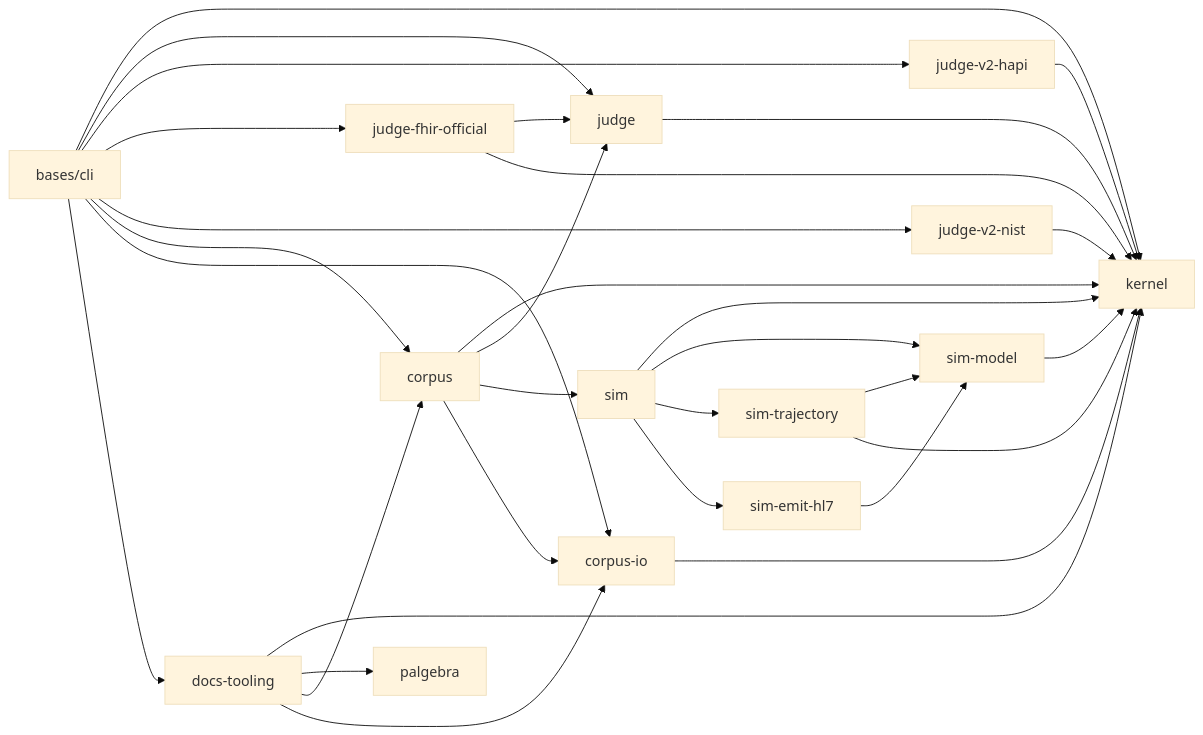
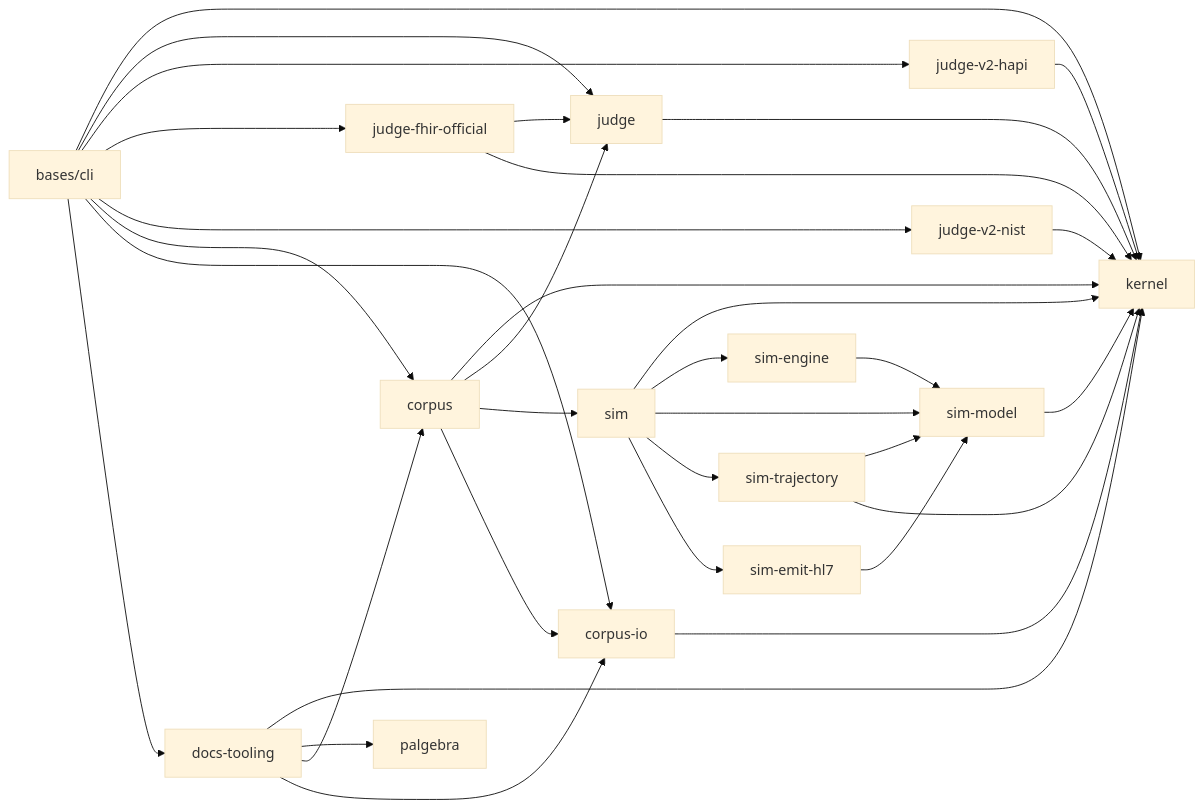
One commit to pragsmike/ehr-testing-tools changed the diagram in docs/dev/architecture.md. Above: the diagram before and after it, drawn with Mermaid (base theme). The commit also changed other lines of this file and 18 other files, not shown here.

````diff
--- a/docs/dev/architecture.md
+++ b/docs/dev/architecture.md
@@ -25,48 +25,51 @@
 ```mermaid
 flowchart LR
     kernel[kernel]
     judge[judge]
     judgev2hapi[judge-v2-hapi]
     judgefhirofficial[judge-fhir-official]
     judgev2nist[judge-v2-nist]
     corpus[corpus]
     corpusio[corpus-io]
     docstooling[docs-tooling]
     palgebra[palgebra]
     simmodel[sim-model]
+    simengine[sim-engine]
     simtrajectory[sim-trajectory]
     simemithl7[sim-emit-hl7]
     sim[sim]
     cli[bases/cli]
 
     judge --> kernel
     judgev2hapi --> kernel
     judgefhirofficial --> judge
     judgefhirofficial --> kernel
     judgev2nist --> kernel
     corpusio --> kernel
     corpus --> kernel
     corpus --> judge
     corpus --> sim
     corpus --> corpusio
     simmodel --> kernel
+    simengine --> simmodel
     simtrajectory --> simmodel
     simtrajectory --> kernel
     simemithl7 --> simmodel
     sim --> kernel
+    sim --> simengine
     sim --> simmodel
     sim --> simtrajectory
     sim --> simemithl7
     docstooling --> kernel
     docstooling --> palgebra
     docstooling --> corpus
     docstooling --> corpusio
     cli --> kernel
     cli --> judge
     cli --> judgev2hapi
     cli --> judgefhirofficial
     cli --> judgev2nist
     cli --> corpus
     cli --> corpusio
     cli --> docstooling
 ```
````
